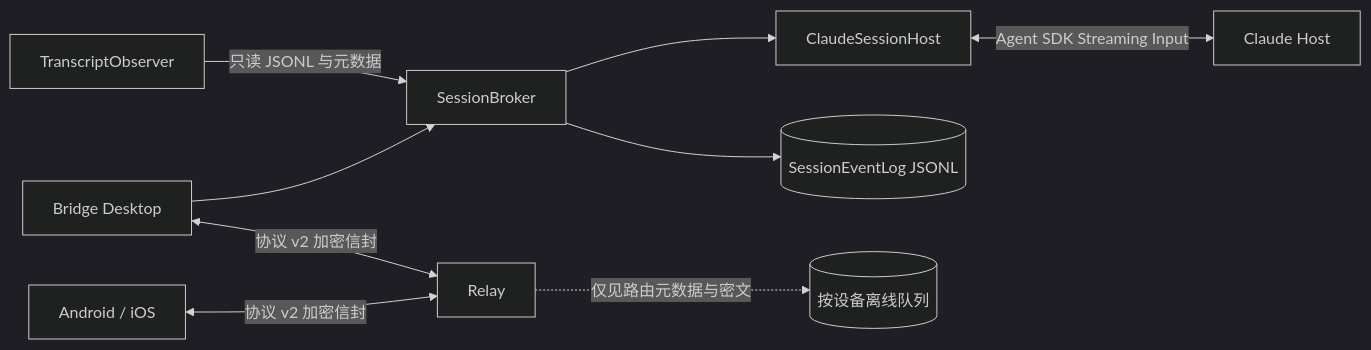
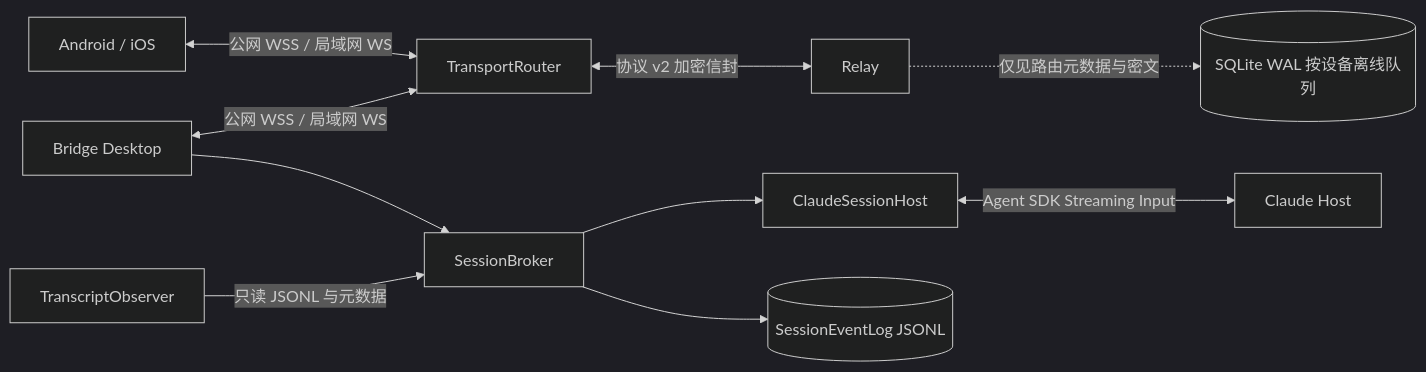
Before and after one commit to czhmartinez/claude-desktop-bridge: the first of 2 diagrams in docs/ARCHITECTURE.md, drawn with Mermaid (dark theme). The commit also changed other lines of this file and 33 other files, not shown here.

````diff
--- a/docs/ARCHITECTURE.md
+++ b/docs/ARCHITECTURE.md
@@ -8,11 +8,12 @@
 ```mermaid
 flowchart LR
-  M["Android / iOS"] <-->|"协议 v2 加密信封"| R["Relay"]
-  D["Bridge Desktop"] <-->|"协议 v2 加密信封"| R
+  M["Android / iOS"] <-->|"公网 WSS / 局域网 WS"| T["TransportRouter"]
+  D["Bridge Desktop"] <-->|"公网 WSS / 局域网 WS"| T
+  T <-->|"协议 v2 加密信封"| R["Relay"]
   D --> B["SessionBroker"]
   B --> H["ClaudeSessionHost"]
   H <-->|"Agent SDK Streaming Input"| C["Claude Host"]
   O["TranscriptObserver"] -->|"只读 JSONL 与元数据"| B
   B --> E[("SessionEventLog JSONL")]
-  R -. "仅见路由元数据与密文" .-> Q[("按设备离线队列")]
+  R -. "仅见路由元数据与密文" .-> Q[("SQLite WAL 按设备离线队列")]
 ```
````
